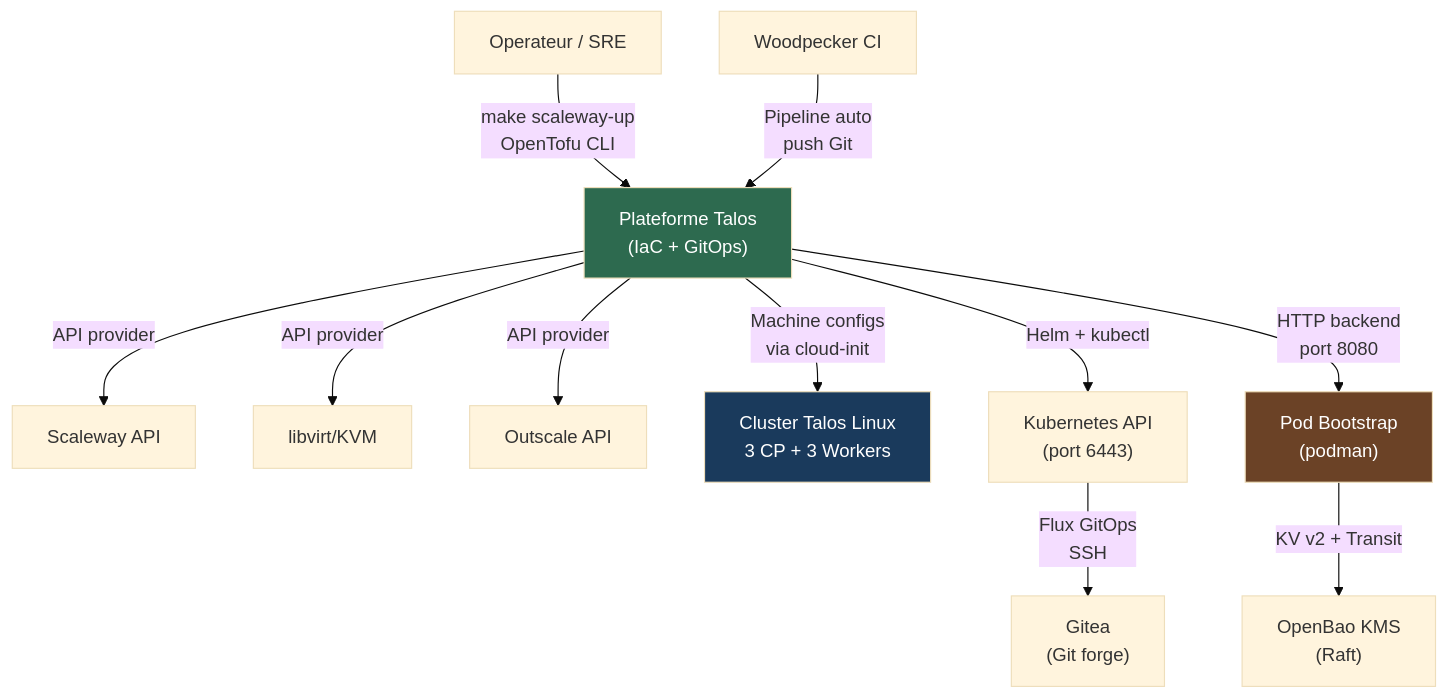
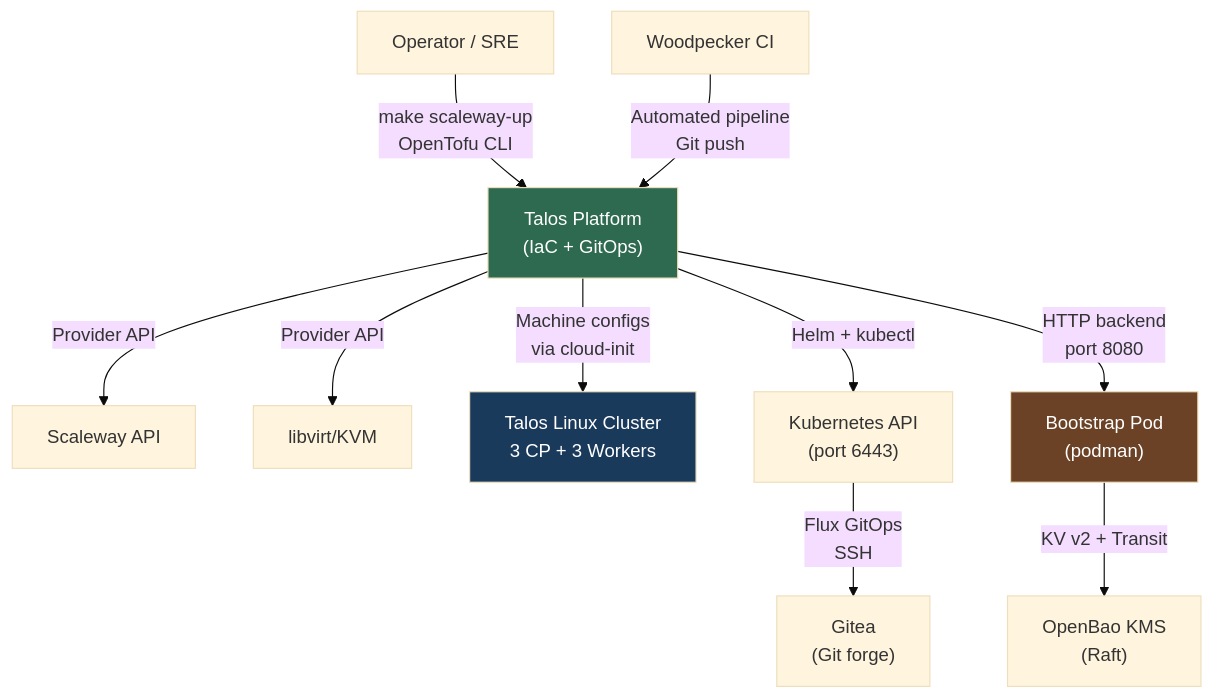
One commit to Destynova2/st4ck changed the first of 7 diagrams in docs/hld-talos-platform.md. Above: the diagram before and after it, drawn with Mermaid (base theme). The commit also changed other lines of this file, not shown here.

````diff
--- a/docs/hld-talos-platform.md
+++ b/docs/hld-talos-platform.md
@@ -43,17 +43,16 @@
 ```mermaid
 graph TB
-    Ops["Operateur / SRE"] -->|"make scaleway-up<br/>OpenTofu CLI"| Platform["Plateforme Talos<br/>(IaC + GitOps)"]
-    CI["Woodpecker CI"] -->|"Pipeline auto<br/>push Git"| Platform
-    Platform -->|"API provider"| SCW["Scaleway API"]
-    Platform -->|"API provider"| Libvirt["libvirt/KVM"]
-    Platform -->|"API provider"| Outscale["Outscale API"]
-    Platform -->|"Machine configs<br/>via cloud-init"| Talos["Cluster Talos Linux<br/>3 CP + 3 Workers"]
+    Ops["Operator / SRE"] -->|"make scaleway-up<br/>OpenTofu CLI"| Platform["Talos Platform<br/>(IaC + GitOps)"]
+    CI["Woodpecker CI"] -->|"Automated pipeline<br/>Git push"| Platform
+    Platform -->|"Provider API"| SCW["Scaleway API"]
+    Platform -->|"Provider API"| Libvirt["libvirt/KVM"]
+    Platform -->|"Machine configs<br/>via cloud-init"| Talos["Talos Linux Cluster<br/>3 CP + 3 Workers"]
     Platform -->|"Helm + kubectl"| K8s["Kubernetes API<br/>(port 6443)"]
-    Platform -->|"HTTP backend<br/>port 8080"| Bootstrap["Pod Bootstrap<br/>(podman)"]
+    Platform -->|"HTTP backend<br/>port 8080"| Bootstrap["Bootstrap Pod<br/>(podman)"]
     Bootstrap -->|"KV v2 + Transit"| OpenBaoKMS["OpenBao KMS<br/>(Raft)"]
     K8s -->|"Flux GitOps<br/>SSH"| Gitea["Gitea<br/>(Git forge)"]
 
     style Platform fill:#2d6a4f,color:#fff
     style Talos fill:#1a3a5c,color:#fff
     style Bootstrap fill:#6b4226,color:#fff
 ```
````
